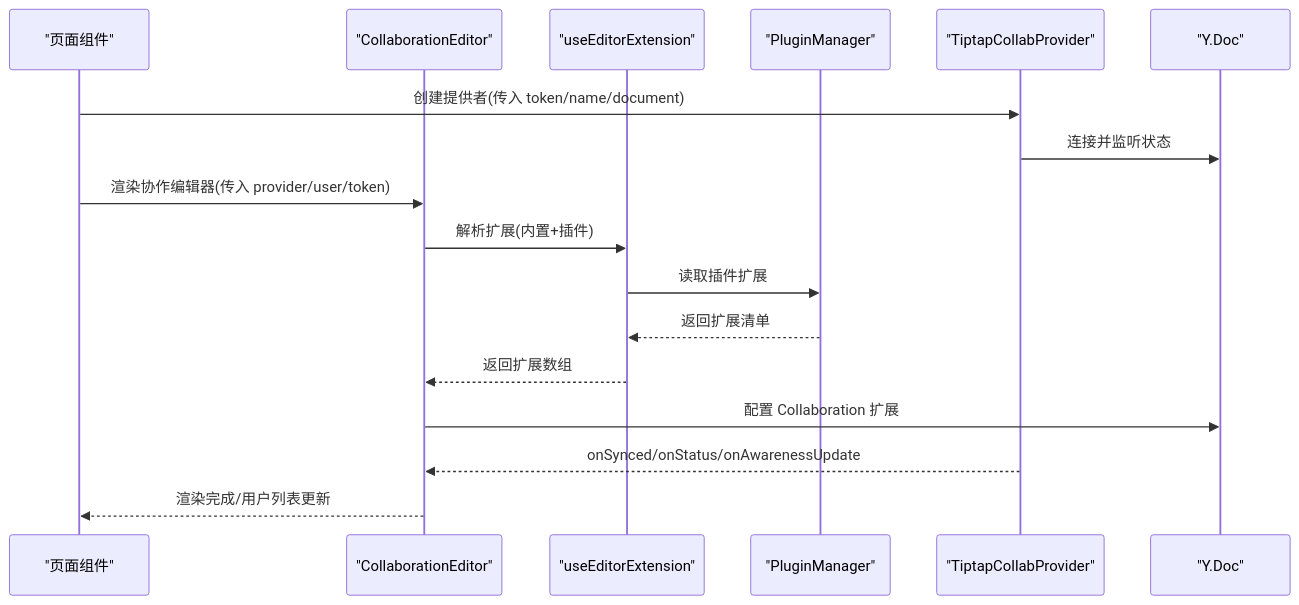
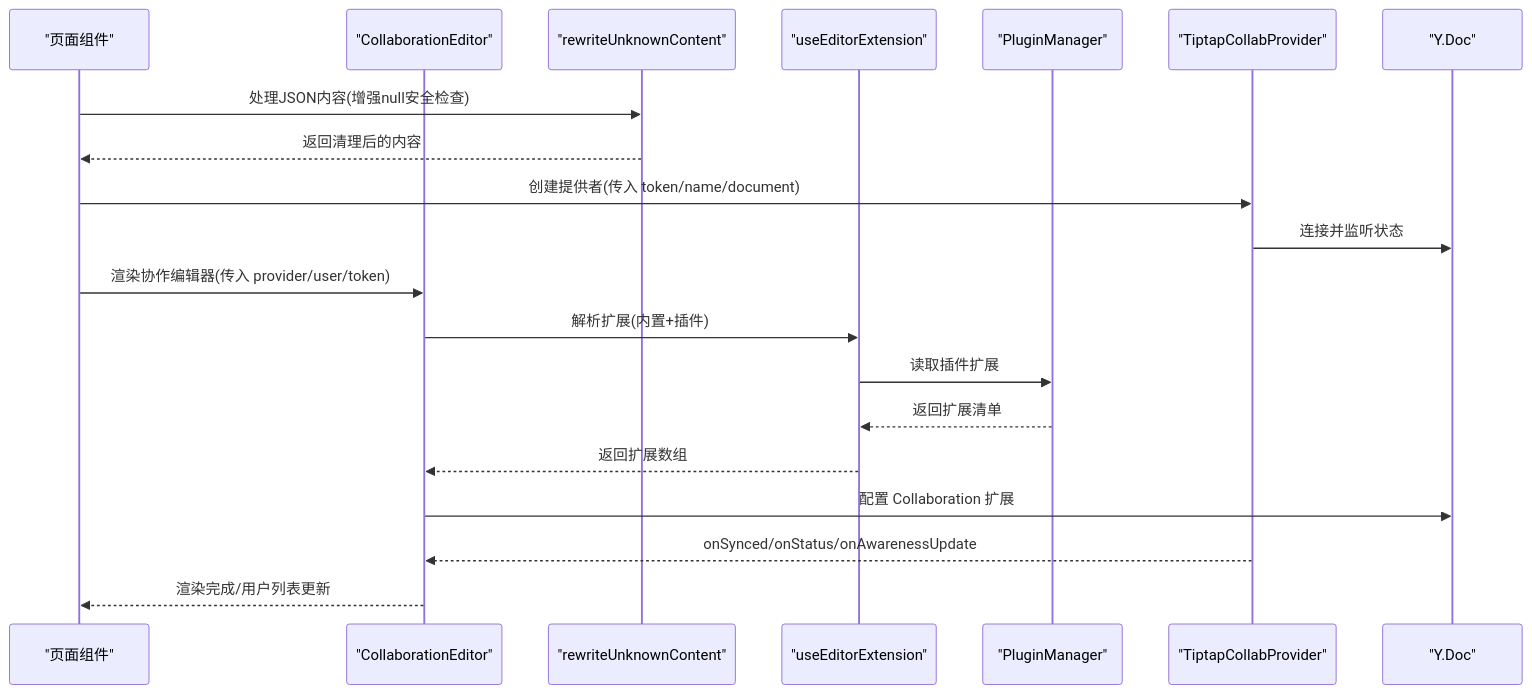
One commit to LRF0422/Kotion changed the third of 8 diagrams in .qoder/repowiki/zh/content/核心模块/编辑器核心内核/编辑器核心内核.md. Above: the diagram before and after it, drawn with Mermaid. The commit also changed other lines of this file and 75 other files, not shown here.

````diff
--- a/.qoder/repowiki/zh/content/核心模块/编辑器核心内核/编辑器核心内核.md
+++ b/.qoder/repowiki/zh/content/核心模块/编辑器核心内核/编辑器核心内核.md
@@ -165,19 +200,22 @@
 ```mermaid
 sequenceDiagram
 participant Page as "页面组件"
 participant Collab as "CollaborationEditor"
+participant Rewriter as "rewriteUnknownContent"
 participant Ext as "useEditorExtension"
 participant PM as "PluginManager"
 participant Prov as "TiptapCollabProvider"
 participant Y as "Y.Doc"
+Page->>Rewriter : 处理JSON内容(增强null安全检查)
+Rewriter-->>Page : 返回清理后的内容
 Page->>Prov : 创建提供者(传入 token/name/document)
 Prov->>Y : 连接并监听状态
 Page->>Collab : 渲染协作编辑器(传入 provider/user/token)
 Collab->>Ext : 解析扩展(内置+插件)
 Ext->>PM : 读取插件扩展
 PM-->>Ext : 返回扩展清单
 Ext-->>Collab : 返回扩展数组
 Collab->>Y : 配置 Collaboration 扩展
 Prov-->>Collab : onSynced/onStatus/onAwarenessUpdate
 Collab-->>Page : 渲染完成/用户列表更新
 ```
````
